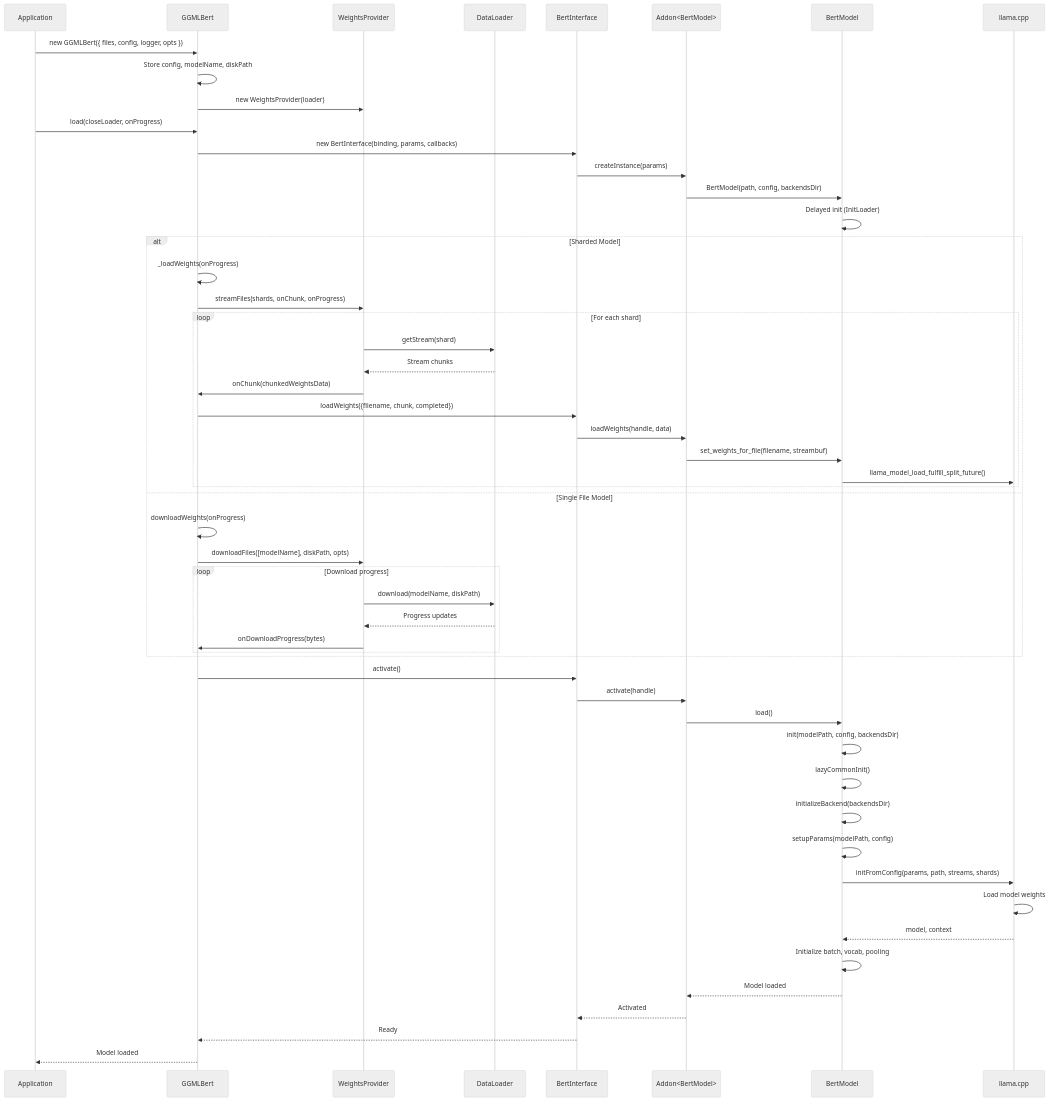
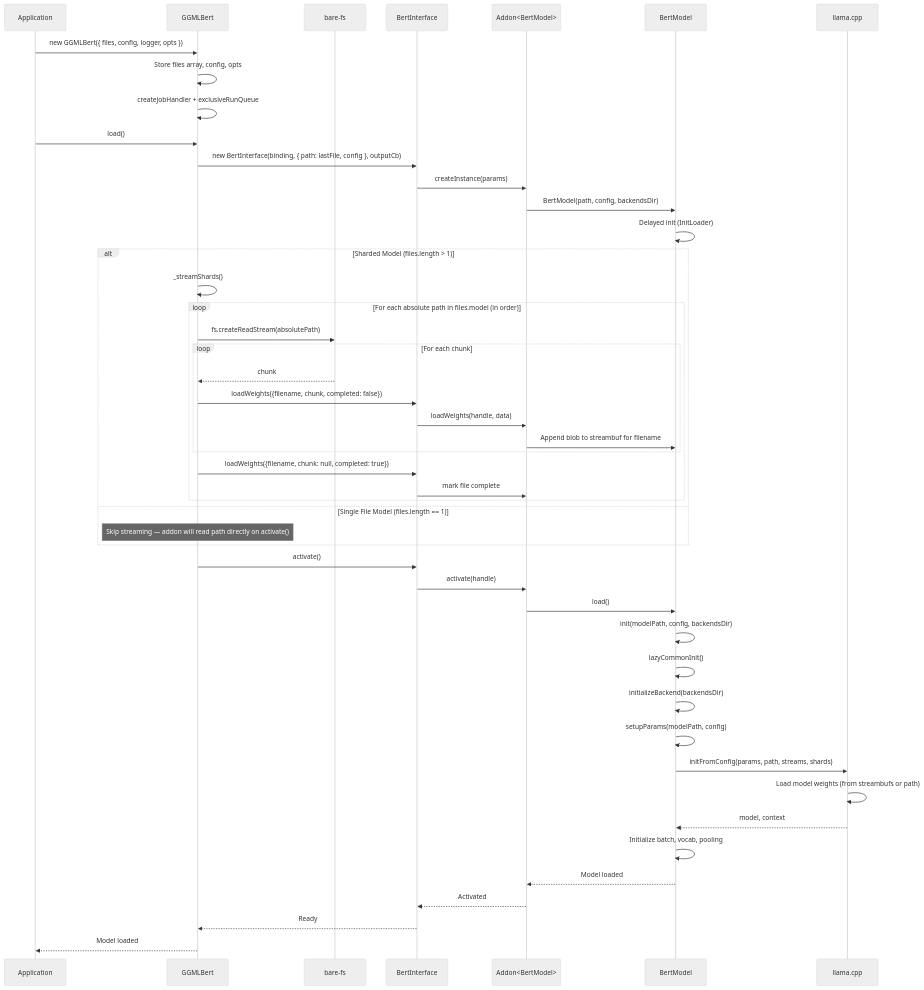
One commit to donriddo/qvac changed the first of 9 diagrams in packages/qvac-lib-infer-llamacpp-embed/docs/data-flows-detailed.md. Above: the diagram before and after it, drawn with Mermaid (neutral theme). The commit also changed other lines of this file and 2 other files, not shown here.

Commit message:
docs: update embed architecture, data-flows, README sharded contract

````diff
--- a/packages/qvac-lib-infer-llamacpp-embed/docs/data-flows-detailed.md
+++ b/packages/qvac-lib-infer-llamacpp-embed/docs/data-flows-detailed.md
@@ -22,59 +22,53 @@
 ```mermaid
 sequenceDiagram
     participant App as Application
     participant GGMLBert as GGMLBert
-    participant WP as WeightsProvider
-    participant DL as DataLoader
+    participant FS as bare-fs
     participant BI as BertInterface
     participant Addon as Addon<BertModel>
     participant BM as BertModel
     participant LLAMA as llama.cpp
-    
+
     App->>GGMLBert: new GGMLBert({ files, config, logger, opts })
-    GGMLBert->>GGMLBert: Store config, modelName, diskPath
-    GGMLBert->>WP: new WeightsProvider(loader)
-    
-    App->>GGMLBert: load(closeLoader, onProgress)
-    GGMLBert->>BI: new BertInterface(binding, params, callbacks)
+    GGMLBert->>GGMLBert: Store files array, config, opts
+    GGMLBert->>GGMLBert: createJobHandler + exclusiveRunQueue
+
+    App->>GGMLBert: load()
+    GGMLBert->>BI: new BertInterface(binding, { path: lastFile, config }, outputCb)
     BI->>Addon: createInstance(params)
     Addon->>BM: BertModel(path, config, backendsDir)
     BM->>BM: Delayed init (InitLoader)
-    
-    alt Sharded Model
-        GGMLBert->>GGMLBert: _loadWeights(onProgress)
-        GGMLBert->>WP: streamFiles(shards, onChunk, onProgress)
-        loop For each shard
-            WP->>DL: getStream(shard)
-            DL-->>WP: Stream chunks
-            WP->>GGMLBert: onChunk(chunkedWeightsData)
-            GGMLBert->>BI: loadWeights({filename, chunk, completed})
-            BI->>Addon: loadWeights(handle, data)
-            Addon->>BM: set_weights_for_file(filename, streambuf)
-            BM->>LLAMA: llama_model_load_fulfill_split_future()
+
+    alt Sharded Model (files.length > 1)
+        GGMLBert->>GGMLBert: _streamShards()
+        loop For each absolute path in files.model (in order)
+            GGMLBert->>FS: fs.createReadStream(absolutePath)
+            loop For each chunk
+                FS-->>GGMLBert: chunk
+                GGMLBert->>BI: loadWeights({filename, chunk, completed: false})
+                BI->>Addon: loadWeights(handle, data)
+                Addon->>BM: Append blob to streambuf for filename
+            end
+            GGMLBert->>BI: loadWeights({filename, chunk: null, completed: true})
+            BI->>Addon: mark file complete
         end
-    else Single File Model
-        GGMLBert->>GGMLBert: downloadWeights(onProgress)
-        GGMLBert->>WP: downloadFiles([modelName], diskPath, opts)
-        loop Download progress
-            WP->>DL: download(modelName, diskPath)
-            DL-->>WP: Progress updates
-            WP->>GGMLBert: onDownloadProgress(bytes)
-        end
+    else Single File Model (files.length == 1)
+        Note over GGMLBert: Skip streaming — addon will read path directly on activate()
     end
-    
+
     GGMLBert->>BI: activate()
     BI->>Addon: activate(handle)
     Addon->>BM: load()
     BM->>BM: init(modelPath, config, backendsDir)
     BM->>BM: lazyCommonInit()
     BM->>BM: initializeBackend(backendsDir)
     BM->>BM: setupParams(modelPath, config)
     BM->>LLAMA: initFromConfig(params, path, streams, shards)
-    LLAMA->>LLAMA: Load model weights
+    LLAMA->>LLAMA: Load model weights (from streambufs or path)
     LLAMA-->>BM: model, context
     BM->>BM: Initialize batch, vocab, pooling
     BM-->>Addon: Model loaded
     Addon-->>BI: Activated
     BI-->>GGMLBert: Ready
     GGMLBert-->>App: Model loaded
 ```
````
